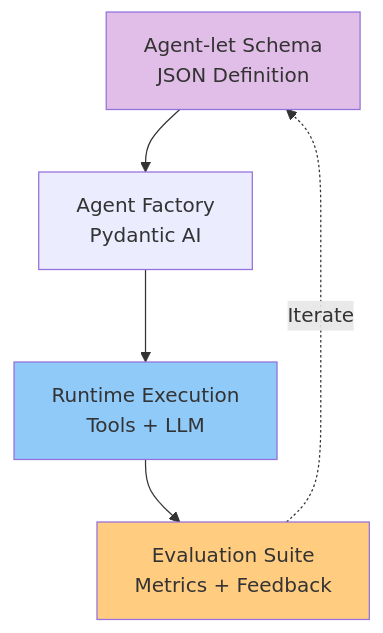
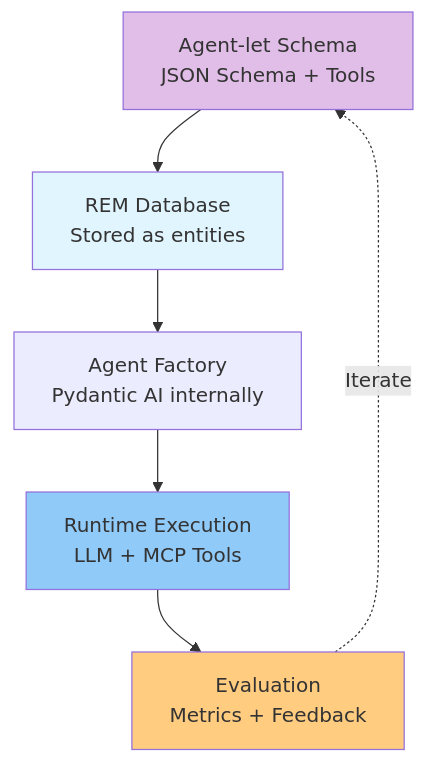
Before and after one commit to percolating-sirsh/percolate-node: the sixth of 7 diagrams in Readme.md, drawn with Mermaid. The commit also changed other lines of this file and 393 other files, not shown here.

````diff
--- a/Readme.md
+++ b/Readme.md
@@ -119,16 +331,19 @@
 ```mermaid
 graph TD
-    Schema[Agent-let Schema<br/>JSON Definition]
-    Factory[Agent Factory<br/>Pydantic AI]
-    Runtime[Runtime Execution<br/>Tools + LLM]
-    Eval[Evaluation Suite<br/>Metrics + Feedback]
+    Schema[Agent-let Schema<br/>JSON Schema + Tools]
+    Registry[REM Database<br/>Stored as entities]
+    Factory[Agent Factory<br/>Pydantic AI internally]
+    Runtime[Runtime Execution<br/>LLM + MCP Tools]
+    Eval[Evaluation<br/>Metrics + Feedback]
 
-    Schema --> Factory
+    Schema --> Registry
+    Registry --> Factory
     Factory --> Runtime
     Runtime --> Eval
     Eval -.->|Iterate| Schema
 
     style Schema fill:#e1bee7
+    style Registry fill:#e1f5ff
     style Runtime fill:#90caf9
     style Eval fill:#ffcc80
 ```
````
